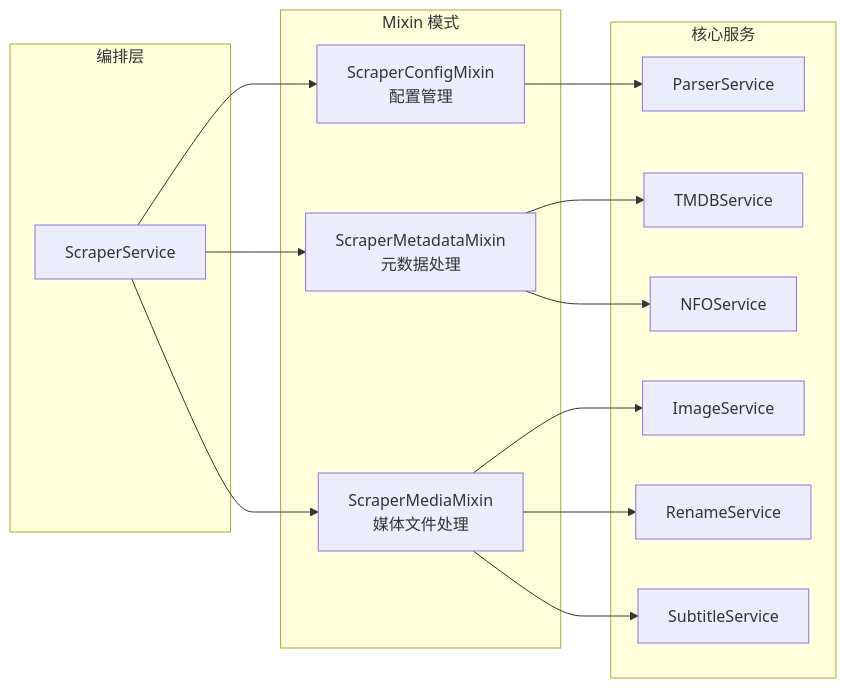
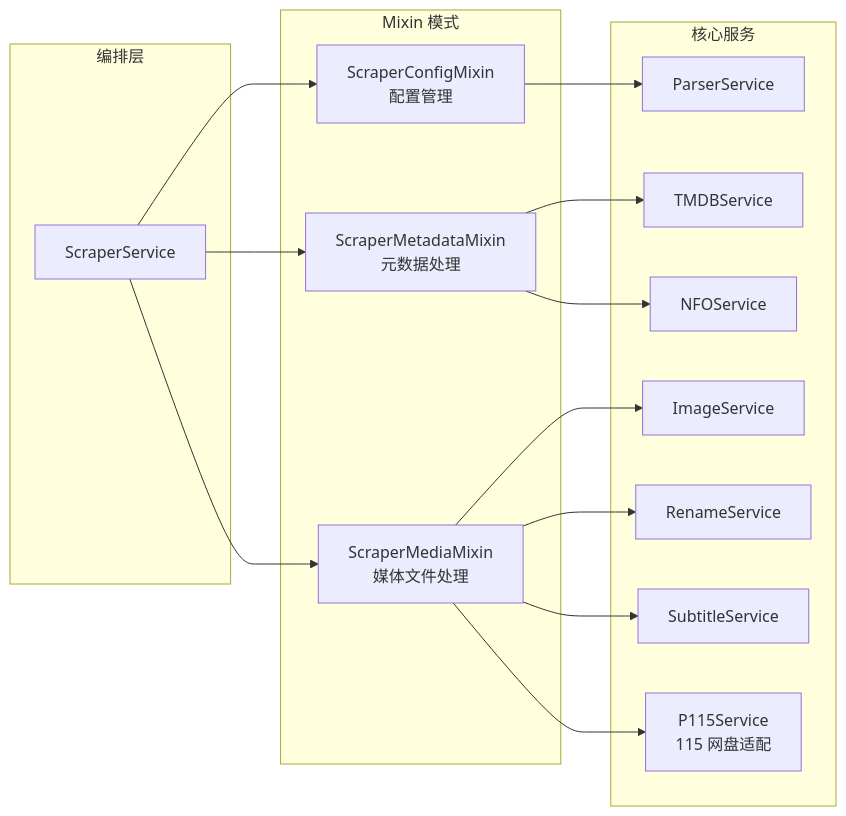
The second of 6 diagrams in README.md (sfgawrgarf/MHTI), drawn with Mermaid before and after one commit. The commit also changed other lines of this file and 52 other files, not shown here.

````diff
--- a/README.md
+++ b/README.md
@@ -108,31 +114,33 @@
 ```mermaid
 graph LR
     subgraph Orchestration["编排层"]
         Scraper[ScraperService]
     end
 
     subgraph Mixins["Mixin 模式"]
         Config[ScraperConfigMixin<br/>配置管理]
         Metadata[ScraperMetadataMixin<br/>元数据处理]
         Media[ScraperMediaMixin<br/>媒体文件处理]
     end
 
     subgraph CoreServices["核心服务"]
         Parser[ParserService]
         TMDB[TMDBService]
         NFO[NFOService]
         Image[ImageService]
         Rename[RenameService]
         Subtitle[SubtitleService]
+        P115[P115Service<br/>115 网盘适配]
     end
 
     Scraper --> Config
     Scraper --> Metadata
     Scraper --> Media
     Config --> Parser
     Metadata --> TMDB
     Metadata --> NFO
     Media --> Image
     Media --> Subtitle
     Media --> Rename
+    Media --> P115
 ```
````
